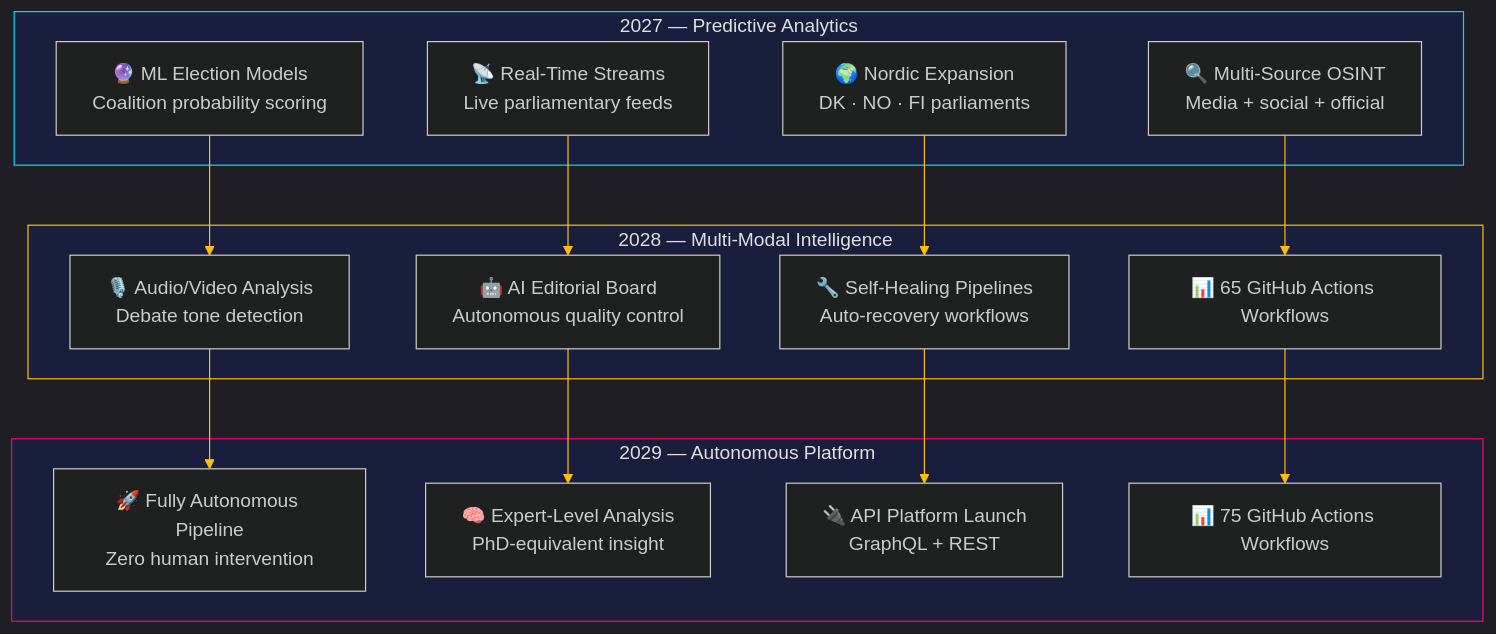
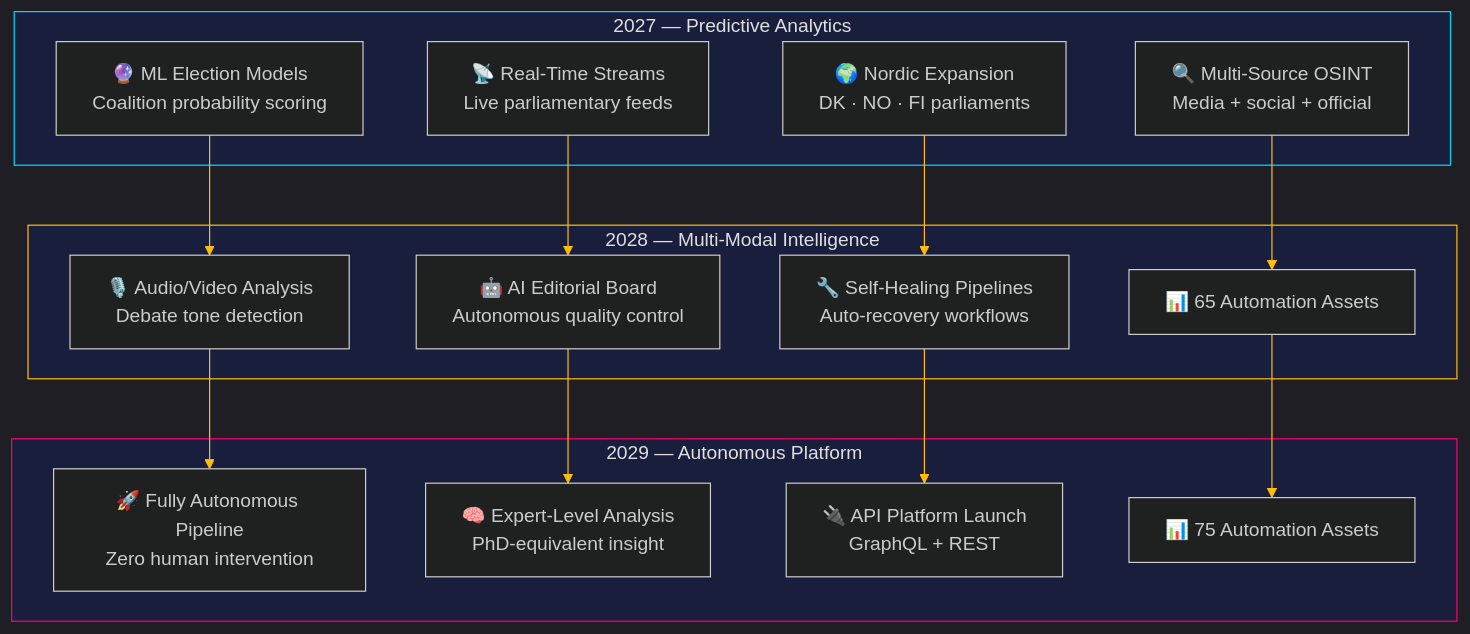
Before and after one commit to Hack23/riksdagsmonitor: the third of 6 diagrams in README.md, drawn with Mermaid. The commit also changed other lines of this file, not shown here.

Commit message:
Fix Realtime Monitor time formatting, clarify workflow counts as automation assets (34 yml + 10 md)

````diff
--- a/README.md
+++ b/README.md
@@ -794,33 +794,33 @@
 ```mermaid
 %%{init: {'theme': 'dark', 'themeVariables': {'primaryColor': '#00d9ff', 'primaryTextColor': '#e0e0e0', 'primaryBorderColor': '#ff006e', 'lineColor': '#ffbe0b', 'secondaryColor': '#1a1e3d', 'tertiaryColor': '#0a0e27'}}}%%
 graph TB
     subgraph SG2027["2027 — Predictive Analytics"]
         style SG2027 fill:#1a1e3d,stroke:#00d9ff,color:#e0e0e0
         PA1[🔮 ML Election Models<br/>Coalition probability scoring]
         PA2[📡 Real-Time Streams<br/>Live parliamentary feeds]
         PA3[🌍 Nordic Expansion<br/>DK · NO · FI parliaments]
         PA4[🔍 Multi-Source OSINT<br/>Media + social + official]
     end
     subgraph SG2028["2028 — Multi-Modal Intelligence"]
         style SG2028 fill:#1a1e3d,stroke:#ffbe0b,color:#e0e0e0
         MM1[🎙️ Audio/Video Analysis<br/>Debate tone detection]
         MM2[🤖 AI Editorial Board<br/>Autonomous quality control]
         MM3[🔧 Self-Healing Pipelines<br/>Auto-recovery workflows]
-        MM4[📊 65 GitHub Actions Workflows]
+        MM4[📊 65 Automation Assets]
     end
     subgraph SG2029["2029 — Autonomous Platform"]
         style SG2029 fill:#1a1e3d,stroke:#ff006e,color:#e0e0e0
         AP1[🚀 Fully Autonomous Pipeline<br/>Zero human intervention]
         AP2[🧠 Expert-Level Analysis<br/>PhD-equivalent insight]
         AP3[🔌 API Platform Launch<br/>GraphQL + REST]
-        AP4[📊 75 GitHub Actions Workflows]
+        AP4[📊 75 Automation Assets]
     end
     PA1 --> MM1
     PA2 --> MM2
     PA3 --> MM3
     PA4 --> MM4
     MM1 --> AP1
     MM2 --> AP2
     MM3 --> AP3
     MM4 --> AP4
 ```
````
